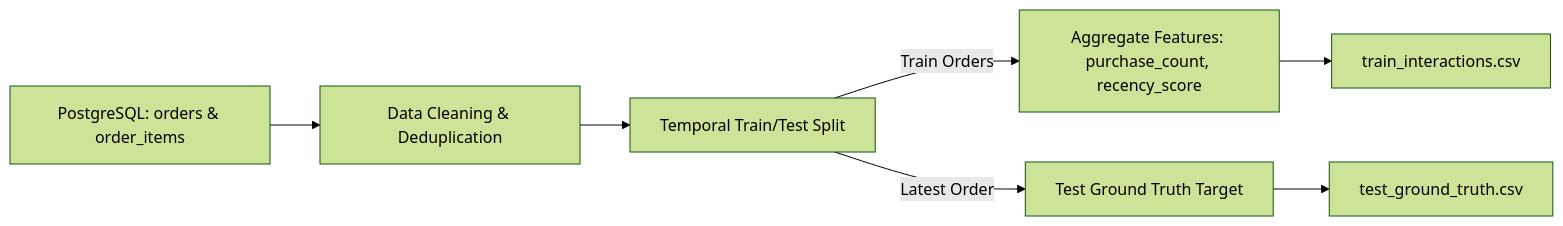
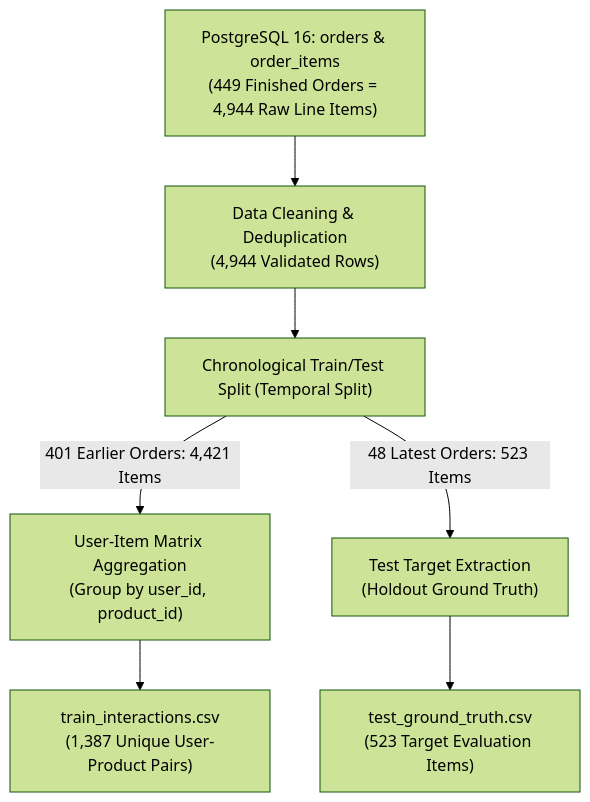
Before and after one commit to BodybuilderOrCoder/FreshLoop: the diagram in database/docs/data_pipeline_provenance.md, drawn with Mermaid (forest theme). The commit also changed other lines of this file and 5 other files, not shown here.

````diff
--- a/database/docs/data_pipeline_provenance.md
+++ b/database/docs/data_pipeline_provenance.md
@@ -21,9 +21,9 @@
 ```mermaid
-flowchart LR
-    A[PostgreSQL: orders & order_items] --> B[Data Cleaning & Deduplication]
-    B --> C[Temporal Train/Test Split]
-    C -->|Train Orders| D[Aggregate Features: purchase_count, recency_score]
-    C -->|Latest Order| E[Test Ground Truth Target]
-    D --> F[train_interactions.csv]
-    E --> G[test_ground_truth.csv]
+flowchart TD
+    A["PostgreSQL 16: orders & order_items<br/>(449 Finished Orders = 4,944 Raw Line Items)"] --> B["Data Cleaning & Deduplication<br/>(4,944 Validated Rows)"]
+    B --> C["Chronological Train/Test Split (Temporal Split)"]
+    C -->|401 Earlier Orders: 4,421 Items| D["User-Item Matrix Aggregation<br/>(Group by user_id, product_id)"]
+    C -->|48 Latest Orders: 523 Items| E["Test Target Extraction<br/>(Holdout Ground Truth)"]
+    D --> F["train_interactions.csv<br/>(1,387 Unique User-Product Pairs)"]
+    E --> G["test_ground_truth.csv<br/>(523 Target Evaluation Items)"]
 ```
````
